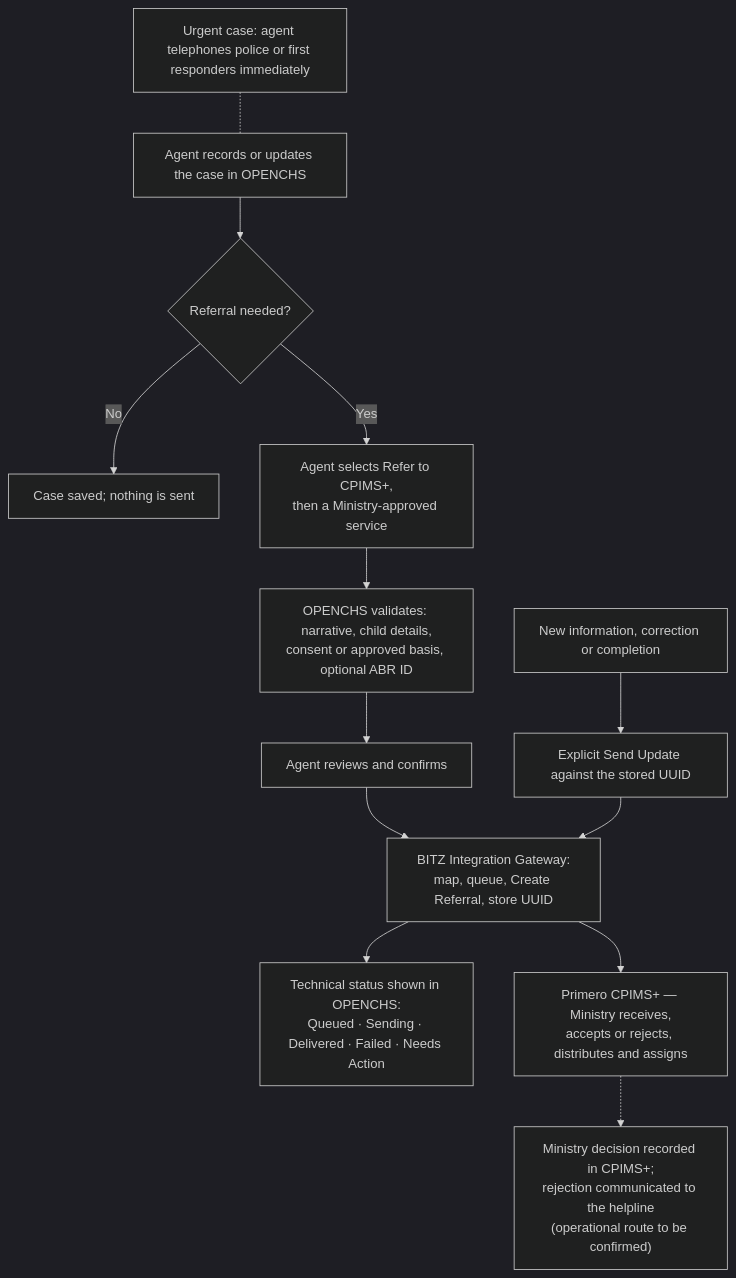
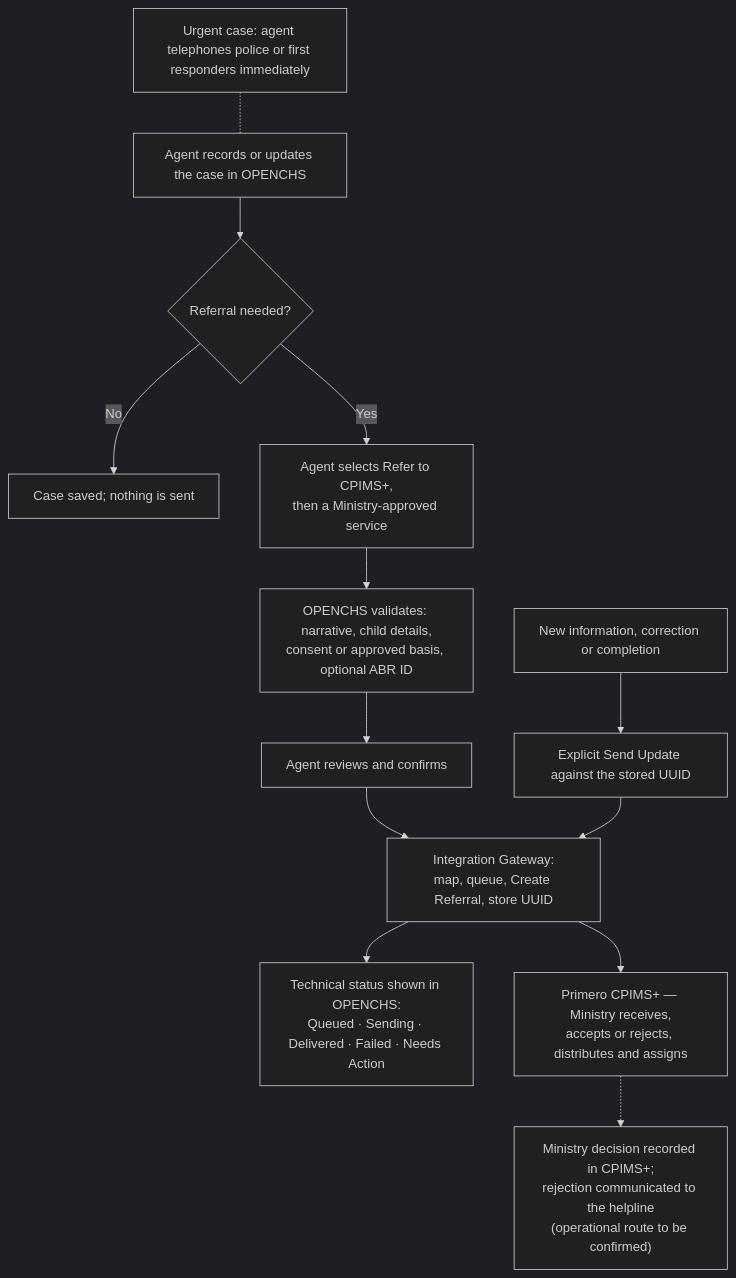
One commit to BITZ-IT-Consulting-LTD/OPENCHS_PRIMERO_PROJECT changed the second of 12 diagrams in 01_inception/D1_INCEPTION_REPORT_OPENCHS_PRIMERO_V2.9_FINAL_DRAFT.md. Above: the diagram before and after it, drawn with Mermaid (dark theme). The commit also changed other lines of this file and 4 other files, not shown here.

````diff
--- a/01_inception/D1_INCEPTION_REPORT_OPENCHS_PRIMERO_V2.9_FINAL_DRAFT.md
+++ b/01_inception/D1_INCEPTION_REPORT_OPENCHS_PRIMERO_V2.9_FINAL_DRAFT.md
@@ -322,15 +322,15 @@
 ```mermaid
 flowchart TB
     A["Agent records or updates the case in OPENCHS"] --> B{"Referral needed?"}
     B -->|"No"| S["Case saved; nothing is sent"]
     B -->|"Yes"| C["Agent selects Refer to CPIMS+,<br/>then a Ministry-approved service"]
     C --> D["OPENCHS validates: narrative, child details,<br/>consent or approved basis, optional ABR ID"]
     D --> E["Agent reviews and confirms"]
-    E --> F["BITZ Integration Gateway:<br/>map, queue, Create Referral, store UUID"]
+    E --> F["Integration Gateway:<br/>map, queue, Create Referral, store UUID"]
     F --> G["Technical status shown in OPENCHS:<br/>Queued · Sending · Delivered · Failed · Needs Action"]
     F --> H["Primero CPIMS+ — Ministry receives,<br/>accepts or rejects, distributes and assigns"]
     H -.-> R["Ministry decision recorded in CPIMS+;<br/>rejection communicated to the helpline<br/>(operational route to be confirmed)"]
     E2["New information, correction or completion"] --> U["Explicit Send Update against the stored UUID"]
     U --> F
     X["Urgent case: agent telephones police or first responders immediately"] -.- A
 ```
````
